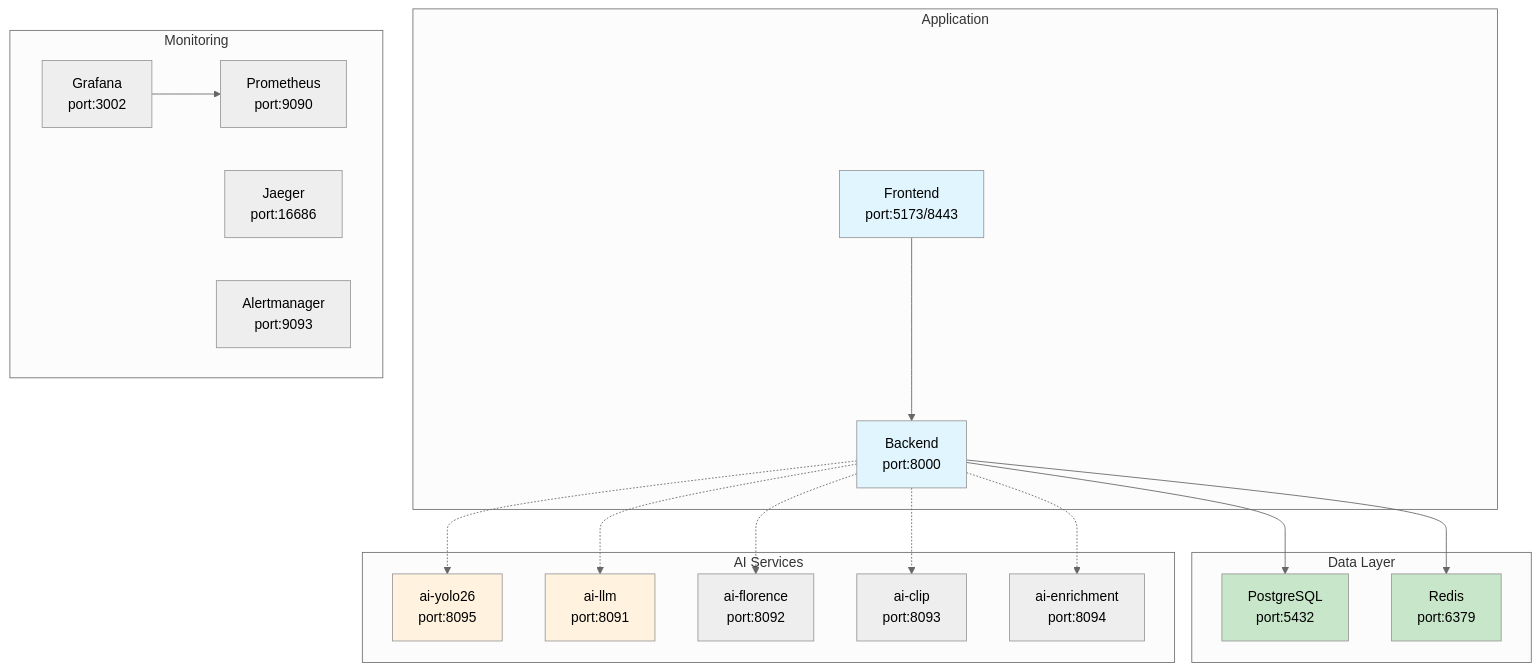
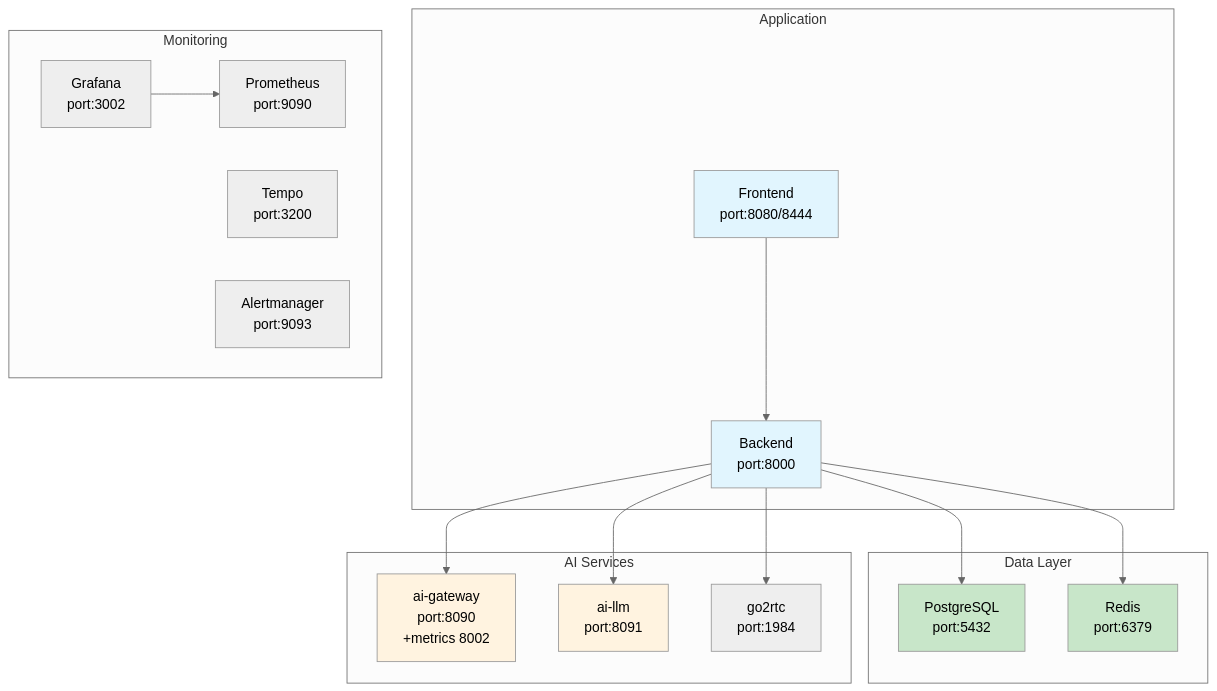
One commit to mikesvoboda/nemotron-v3-home-security-intelligence changed the third of 4 diagrams in docs/deployment/container-orchestration.md. Above: the diagram before and after it, drawn with Mermaid (neutral theme). The commit also changed other lines of this file and 313 other files, not shown here.

````diff
--- a/docs/deployment/container-orchestration.md
+++ b/docs/deployment/container-orchestration.md
@@ -308,47 +314,41 @@
 ```mermaid
 graph TD
     subgraph Data["Data Layer"]
         PG[PostgreSQL<br/>port:5432]
         RD[Redis<br/>port:6379]
     end
 
     subgraph AI["AI Services"]
-        RT[ai-yolo26<br/>port:8095]
+        GW[ai-gateway<br/>port:8090<br/>+metrics 8002]
         NM[ai-llm<br/>port:8091]
-        FL[ai-florence<br/>port:8092]
-        CL[ai-clip<br/>port:8093]
-        EN[ai-enrichment<br/>port:8094]
+        G2[go2rtc<br/>port:1984]
     end
 
     subgraph App["Application"]
         BE[Backend<br/>port:8000]
-        FE[Frontend<br/>port:5173/8443]
+        FE[Frontend<br/>port:8080/8444]
     end
 
     subgraph Mon["Monitoring"]
         PR[Prometheus<br/>port:9090]
         GR[Grafana<br/>port:3002]
-        JA[Jaeger<br/>port:16686]
+        TP[Tempo<br/>port:3200]
         AL[Alertmanager<br/>port:9093]
     end
 
     %% Hard dependencies (must be healthy)
     BE --> PG
     BE --> RD
-    BE -.-> RT
-    BE -.-> NM
+    BE --> GW
+    BE --> NM
+    BE --> G2
     FE --> BE
     GR --> PR
 
-    %% Soft dependencies (optional)
-    BE -.-> FL
-    BE -.-> CL
-    BE -.-> EN
-
     style PG fill:#c8e6c9
     style RD fill:#c8e6c9
-    style RT fill:#fff3e0
+    style GW fill:#fff3e0
     style NM fill:#fff3e0
     style BE fill:#e1f5fe
     style FE fill:#e1f5fe
 ```
````
